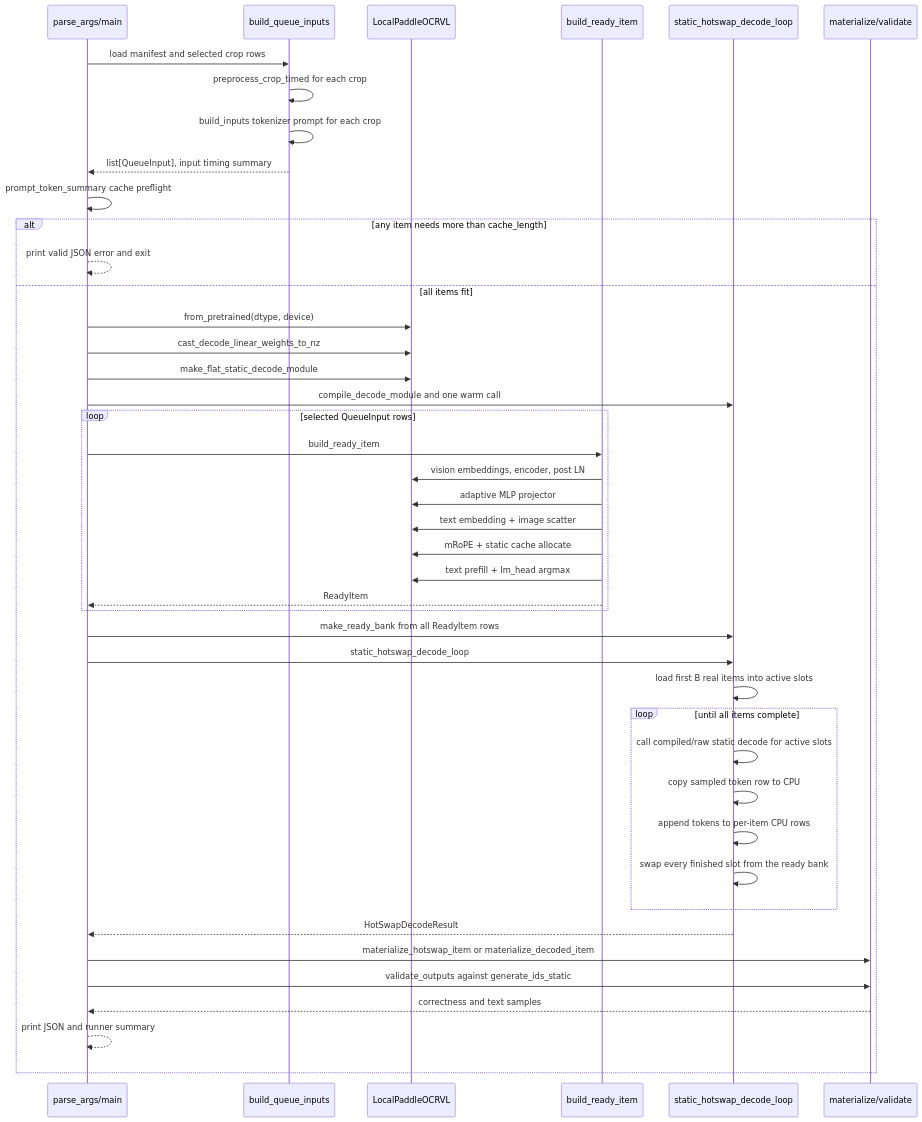
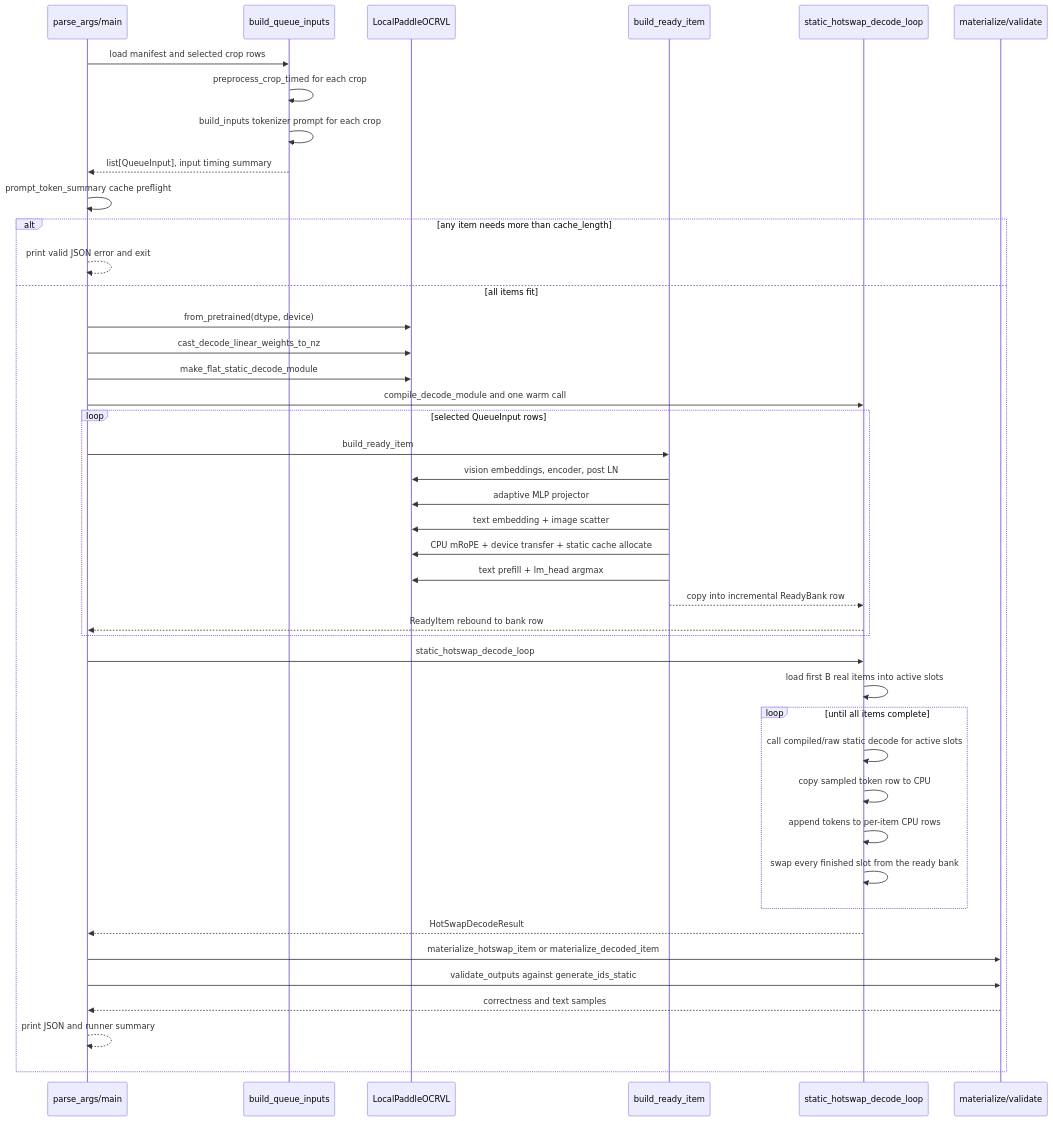
Before and after one commit to lukaIvanic/paddle_ocr_vl_npu: the second of 2 diagrams in 05_full_recognizer_optimizations/QUEUE_BENCHMARK_FLOW.md, drawn with Mermaid. The commit also changed other lines of this file and 12 other files, not shown here.

````diff
--- a/05_full_recognizer_optimizations/QUEUE_BENCHMARK_FLOW.md
+++ b/05_full_recognizer_optimizations/QUEUE_BENCHMARK_FLOW.md
@@ -56,46 +57,46 @@
 ```mermaid
 sequenceDiagram
     participant CLI as parse_args/main
     participant Inputs as build_queue_inputs
     participant Model as LocalPaddleOCRVL
     participant Ready as build_ready_item
     participant Decode as static_hotswap_decode_loop
     participant Output as materialize/validate
 
     CLI->>Inputs: load manifest and selected crop rows
     Inputs->>Inputs: preprocess_crop_timed for each crop
     Inputs->>Inputs: build_inputs tokenizer prompt for each crop
     Inputs-->>CLI: list[QueueInput], input timing summary
     CLI->>CLI: prompt_token_summary cache preflight
     alt any item needs more than cache_length
         CLI-->>CLI: print valid JSON error and exit
     else all items fit
         CLI->>Model: from_pretrained(dtype, device)
         CLI->>Model: cast_decode_linear_weights_to_nz
         CLI->>Model: make_flat_static_decode_module
         CLI->>Decode: compile_decode_module and one warm call
         loop selected QueueInput rows
             CLI->>Ready: build_ready_item
             Ready->>Model: vision embeddings, encoder, post LN
             Ready->>Model: adaptive MLP projector
             Ready->>Model: text embedding + image scatter
-            Ready->>Model: mRoPE + static cache allocate
+            Ready->>Model: CPU mRoPE + device transfer + static cache allocate
             Ready->>Model: text prefill + lm_head argmax
-            Ready-->>CLI: ReadyItem
+            Ready-->>Decode: copy into incremental ReadyBank row
+            Decode-->>CLI: ReadyItem rebound to bank row
         end
-        CLI->>Decode: make_ready_bank from all ReadyItem rows
         CLI->>Decode: static_hotswap_decode_loop
         Decode->>Decode: load first B real items into active slots
         loop until all items complete
             Decode->>Decode: call compiled/raw static decode for active slots
             Decode->>Decode: copy sampled token row to CPU
             Decode->>Decode: append tokens to per-item CPU rows
             Decode->>Decode: swap every finished slot from the ready bank
         end
         Decode-->>CLI: HotSwapDecodeResult
         CLI->>Output: materialize_hotswap_item or materialize_decoded_item
         CLI->>Output: validate_outputs against generate_ids_static
         Output-->>CLI: correctness and text samples
         CLI-->>CLI: print JSON and runner summary
     end
 ```
````
